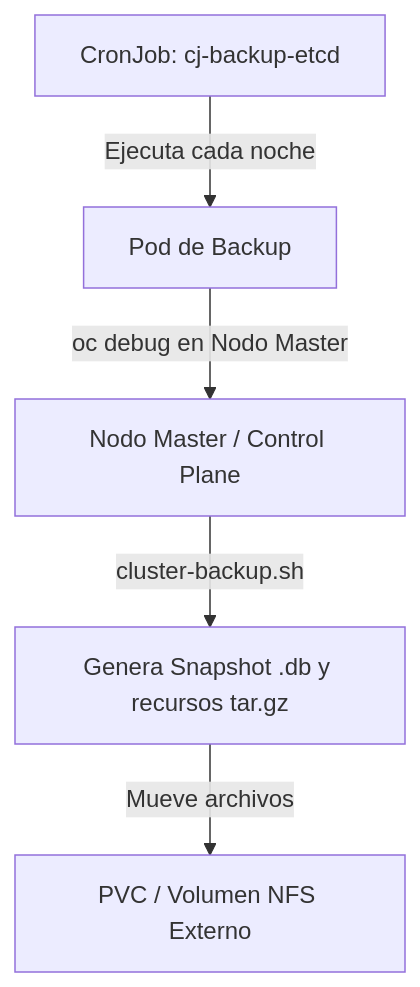
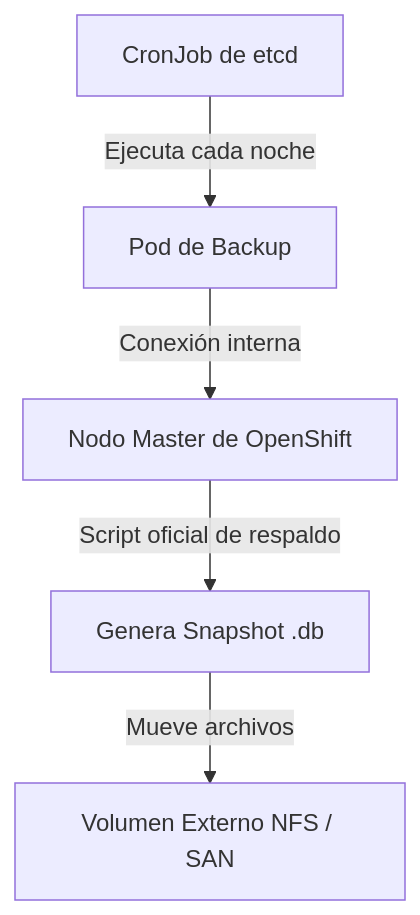
The third of 3 diagrams in docs/sesion3/3.8 Copias de Seguridad.md (ieftraining/curso-openshift), drawn with Mermaid before and after one commit. The commit also changed other lines of this file, not shown here.

````diff
--- a/docs/sesion3/3.8 Copias de Seguridad.md
+++ b/docs/sesion3/3.8 Copias de Seguridad.md
@@ -249,7 +223,7 @@
 ```mermaid
 flowchart TD
-    A["CronJob: cj-backup-etcd"] -->|Ejecuta cada noche| B["Pod de Backup"]
-    B -->|oc debug en Nodo Master| C["Nodo Master / Control Plane"]
-    C -->|cluster-backup.sh| D["Genera Snapshot .db y recursos tar.gz"]
-    D -->|Mueve archivos| E["PVC / Volumen NFS Externo"]
+    A["CronJob de etcd"] -->|Ejecuta cada noche| B["Pod de Backup"]
+    B -->|Conexión interna| C["Nodo Master de OpenShift"]
+    C -->|Script oficial de respaldo| D["Genera Snapshot .db"]
+    D -->|Mueve archivos| E["Volumen Externo NFS / SAN"]
 ```
````
